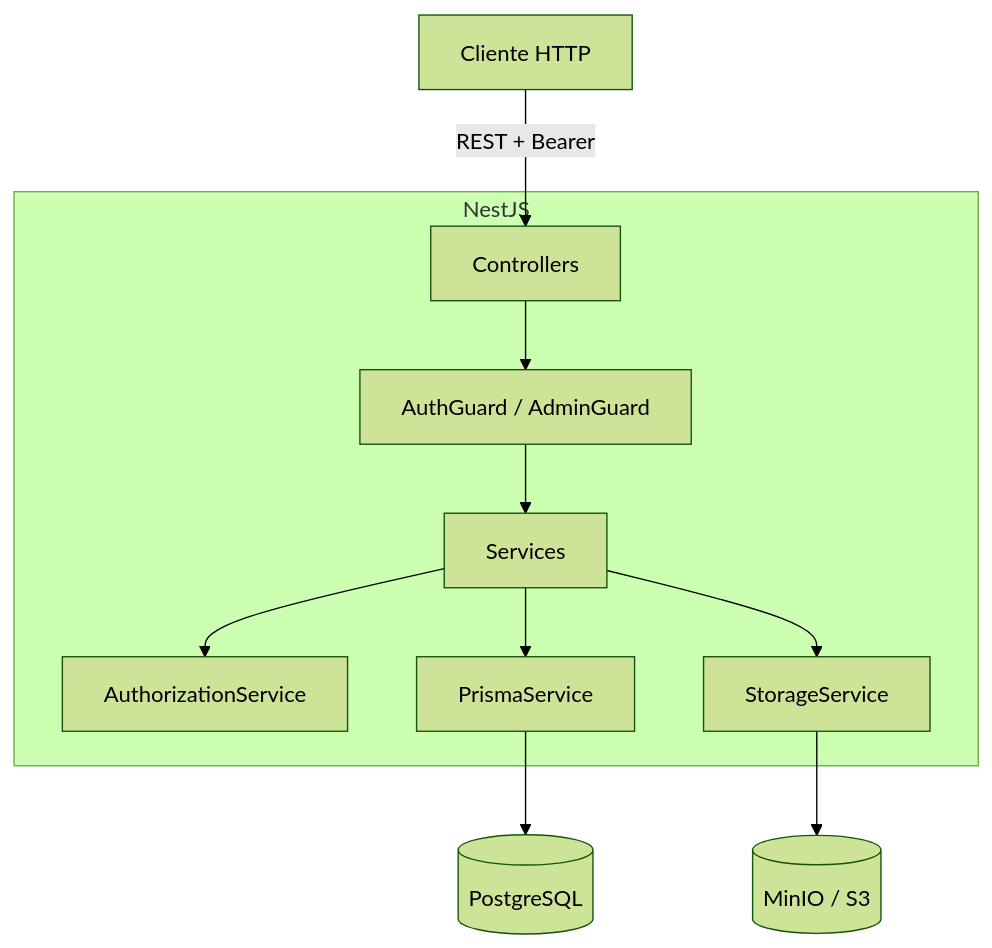
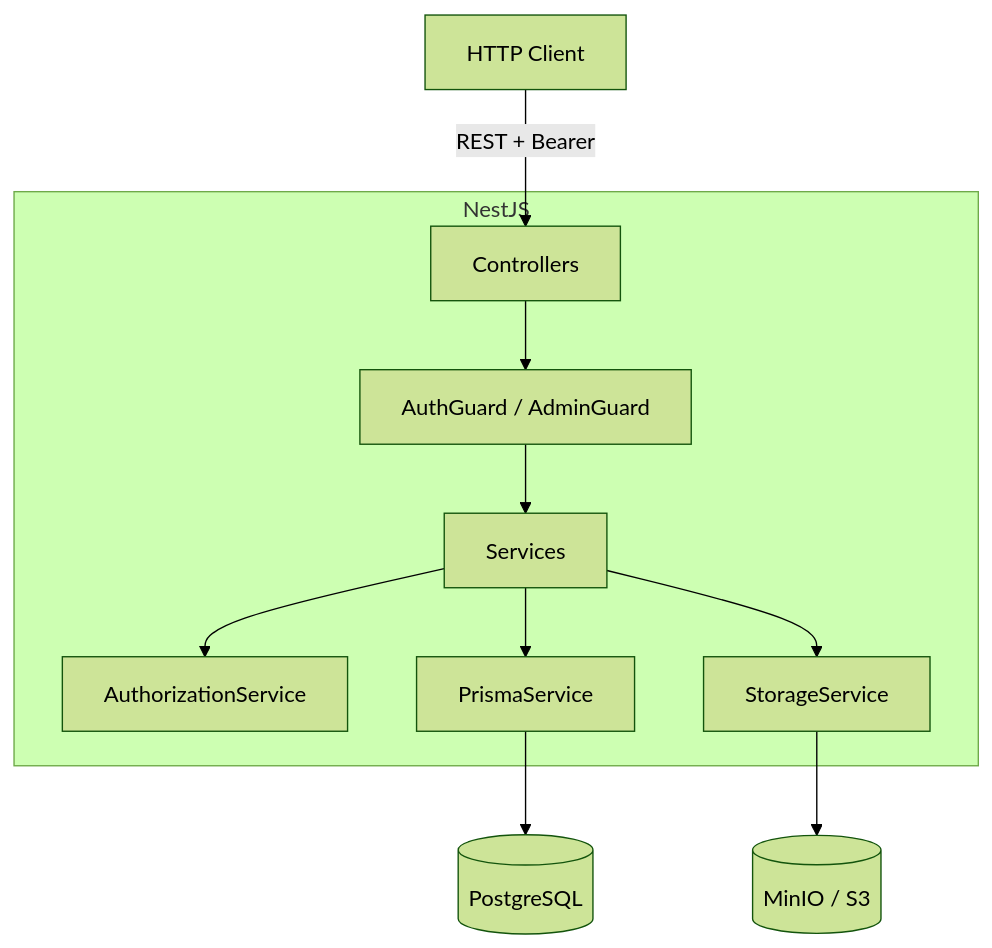
One commit to Alejo234x/CapstoneHUB-v2 changed the diagram in docs/backend_arch.md. Above: the diagram before and after it, drawn with Mermaid (forest theme). The commit also changed other lines of this file and 1 other file, not shown here.

Commit message:
update backend/front architecture docs

````diff
--- a/docs/backend_arch.md
+++ b/docs/backend_arch.md
@@ -117,13 +118,13 @@
 ```mermaid
 flowchart TD
-    Client[Cliente HTTP] -->|REST + Bearer| Controllers[Controllers]
+    Client[HTTP Client] -->|REST + Bearer| Controllers[Controllers]
     subgraph NestJS
       Controllers --> Guards[AuthGuard / AdminGuard]
       Guards --> Services[Services]
       Services --> Authorization[AuthorizationService]
       Services --> Prisma[PrismaService]
       Services --> Storage[StorageService]
     end
     Prisma --> DB[(PostgreSQL)]
     Storage --> MinIO[(MinIO / S3)]
 ```
````
